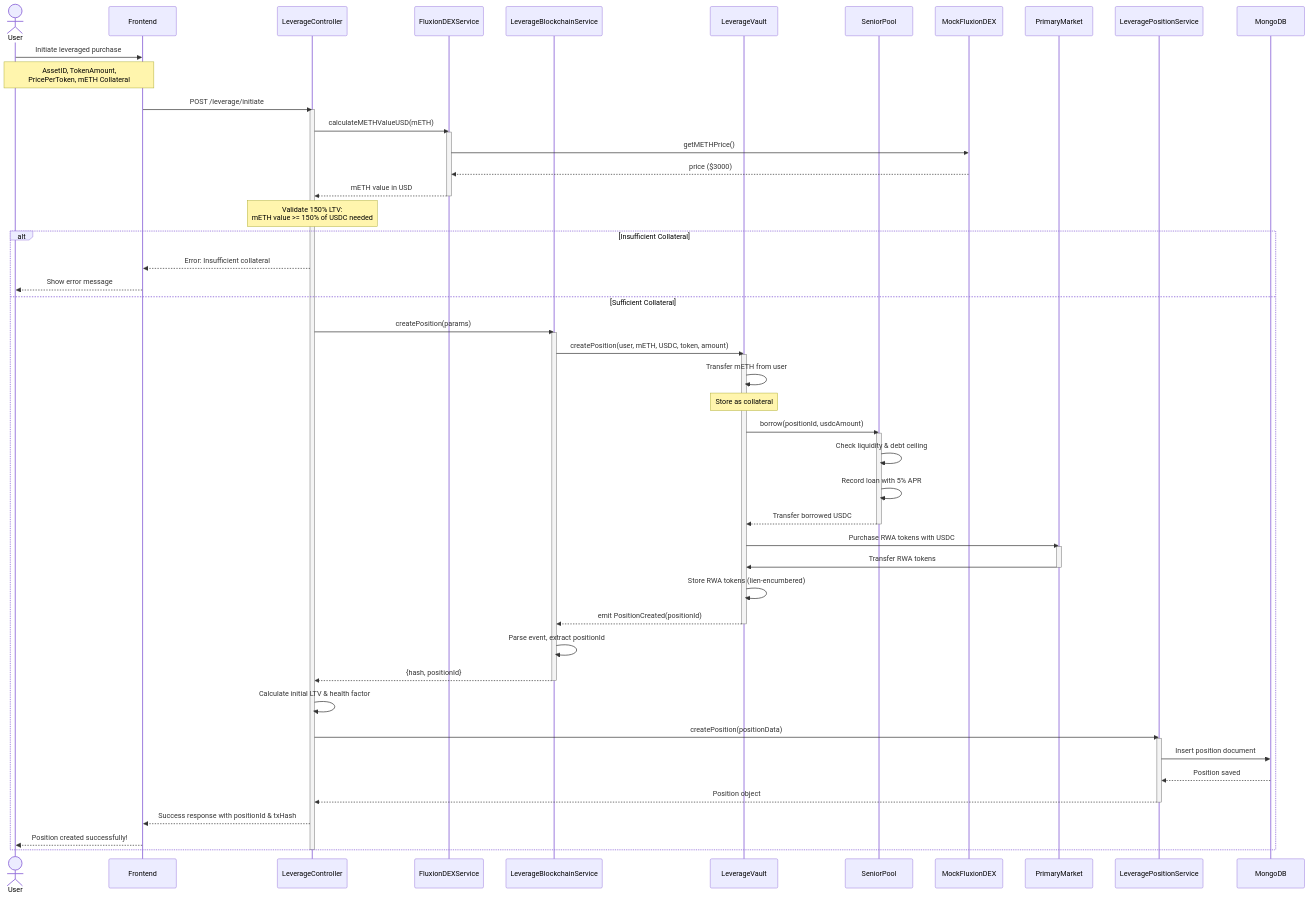
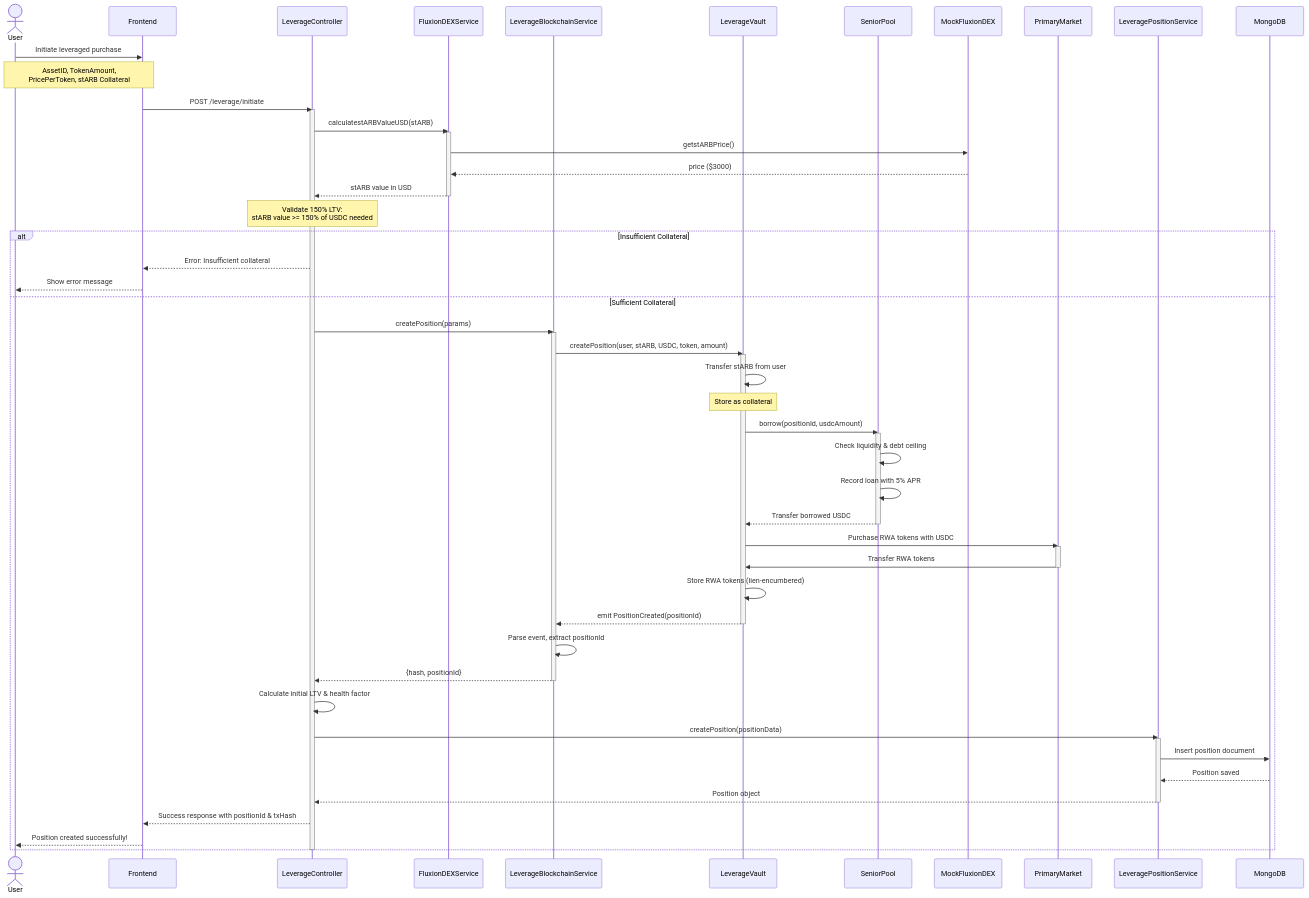
Before and after one commit to TheOpenAssets/TOA-Client: the first of 4 diagrams in docs/backend/SEQUENCE_DIAGRAMS.md, drawn with Mermaid. The commit also changed other lines of this file and 87 other files, not shown here.

````diff
--- a/docs/backend/SEQUENCE_DIAGRAMS.md
+++ b/docs/backend/SEQUENCE_DIAGRAMS.md
@@ -17,77 +17,77 @@
 ```mermaid
 sequenceDiagram
     actor User
     participant Frontend
     participant LeverageController
     participant FluxionDEXService
     participant LeverageBlockchainService
     participant LeverageVault
     participant SeniorPool
     participant MockFluxionDEX
     participant PrimaryMarket
     participant LeveragePositionService
     participant MongoDB
 
     User->>Frontend: Initiate leveraged purchase
-    Note over User,Frontend: AssetID, TokenAmount,<br/>PricePerToken, mETH Collateral
+    Note over User,Frontend: AssetID, TokenAmount,<br/>PricePerToken, stARB Collateral
 
     Frontend->>LeverageController: POST /leverage/initiate
     activate LeverageController
 
-    LeverageController->>FluxionDEXService: calculateMETHValueUSD(mETH)
+    LeverageController->>FluxionDEXService: calculatestARBValueUSD(stARB)
     activate FluxionDEXService
-    FluxionDEXService->>MockFluxionDEX: getMETHPrice()
+    FluxionDEXService->>MockFluxionDEX: getstARBPrice()
     MockFluxionDEX-->>FluxionDEXService: price ($3000)
-    FluxionDEXService-->>LeverageController: mETH value in USD
+    FluxionDEXService-->>LeverageController: stARB value in USD
     deactivate FluxionDEXService
 
-    Note over LeverageController: Validate 150% LTV:<br/>mETH value >= 150% of USDC needed
+    Note over LeverageController: Validate 150% LTV:<br/>stARB value >= 150% of USDC needed
 
     alt Insufficient Collateral
         LeverageController-->>Frontend: Error: Insufficient collateral
         Frontend-->>User: Show error message
     else Sufficient Collateral
         LeverageController->>LeverageBlockchainService: createPosition(params)
         activate LeverageBlockchainService
 
-        LeverageBlockchainService->>LeverageVault: createPosition(user, mETH, USDC, token, amount)
+        LeverageBlockchainService->>LeverageVault: createPosition(user, stARB, USDC, token, amount)
         activate LeverageVault
 
-        LeverageVault->>LeverageVault: Transfer mETH from user
+        LeverageVault->>LeverageVault: Transfer stARB from user
         Note over LeverageVault: Store as collateral
 
         LeverageVault->>SeniorPool: borrow(positionId, usdcAmount)
         activate SeniorPool
         SeniorPool->>SeniorPool: Check liquidity & debt ceiling
         SeniorPool->>SeniorPool: Record loan with 5% APR
         SeniorPool-->>LeverageVault: Transfer borrowed USDC
         deactivate SeniorPool
 
         LeverageVault->>PrimaryMarket: Purchase RWA tokens with USDC
         activate PrimaryMarket
         PrimaryMarket->>LeverageVault: Transfer RWA tokens
         deactivate PrimaryMarket
 
         LeverageVault->>LeverageVault: Store RWA tokens (lien-encumbered)
         LeverageVault-->>LeverageBlockchainService: emit PositionCreated(positionId)
         deactivate LeverageVault
 
         LeverageBlockchainService->>LeverageBlockchainService: Parse event, extract positionId
         LeverageBlockchainService-->>LeverageController: {hash, positionId}
         deactivate LeverageBlockchainService
 
         LeverageController->>LeverageController: Calculate initial LTV & health factor
 
         LeverageController->>LeveragePositionService: createPosition(positionData)
         activate LeveragePositionService
         LeveragePositionService->>MongoDB: Insert position document
         MongoDB-->>LeveragePositionService: Position saved
         LeveragePositionService-->>LeverageController: Position object
         deactivate LeveragePositionService
 
         LeverageController-->>Frontend: Success response with positionId & txHash
         Frontend-->>User: Position created successfully!
     end
 
     deactivate LeverageController
 ```
````
